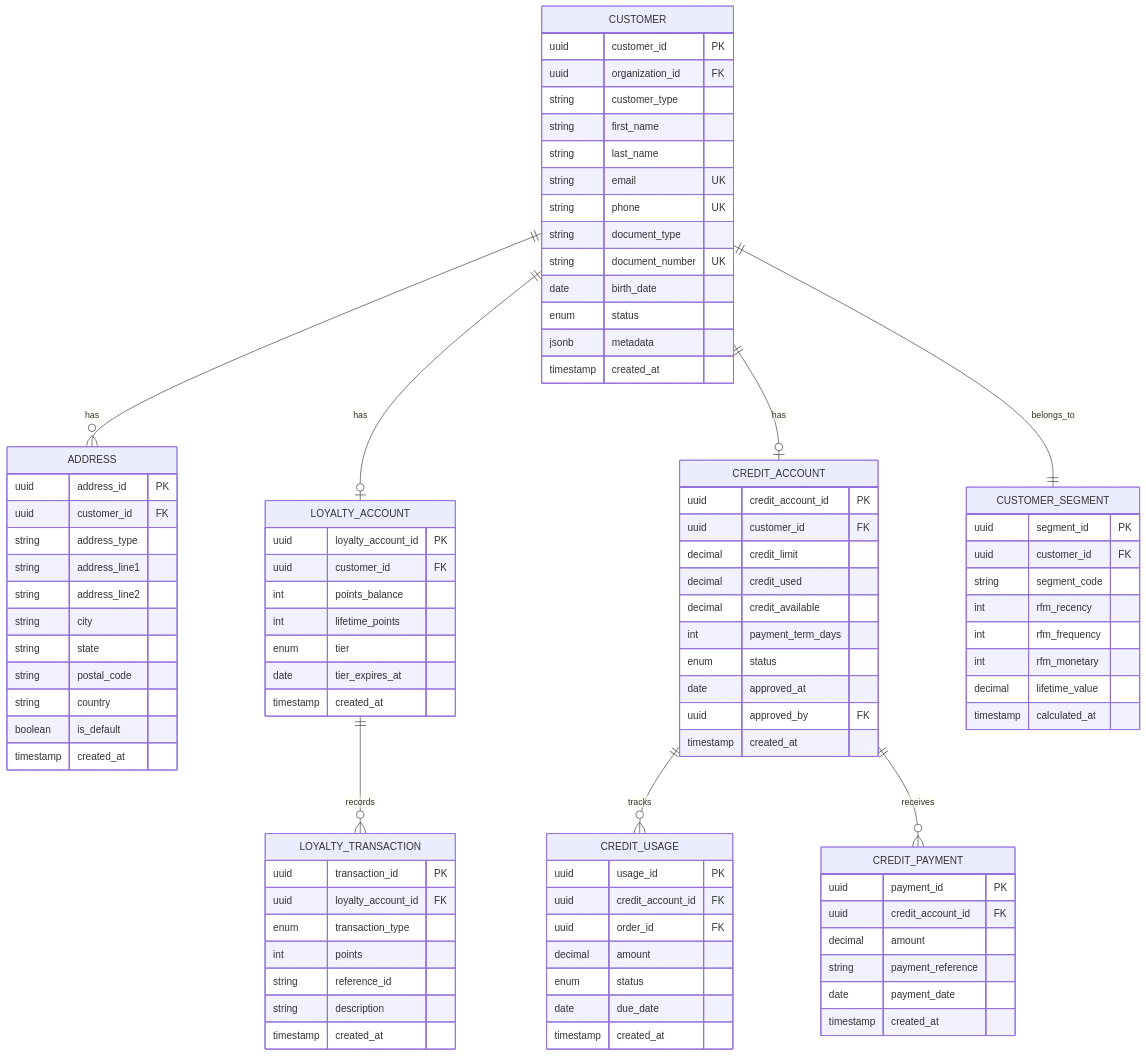
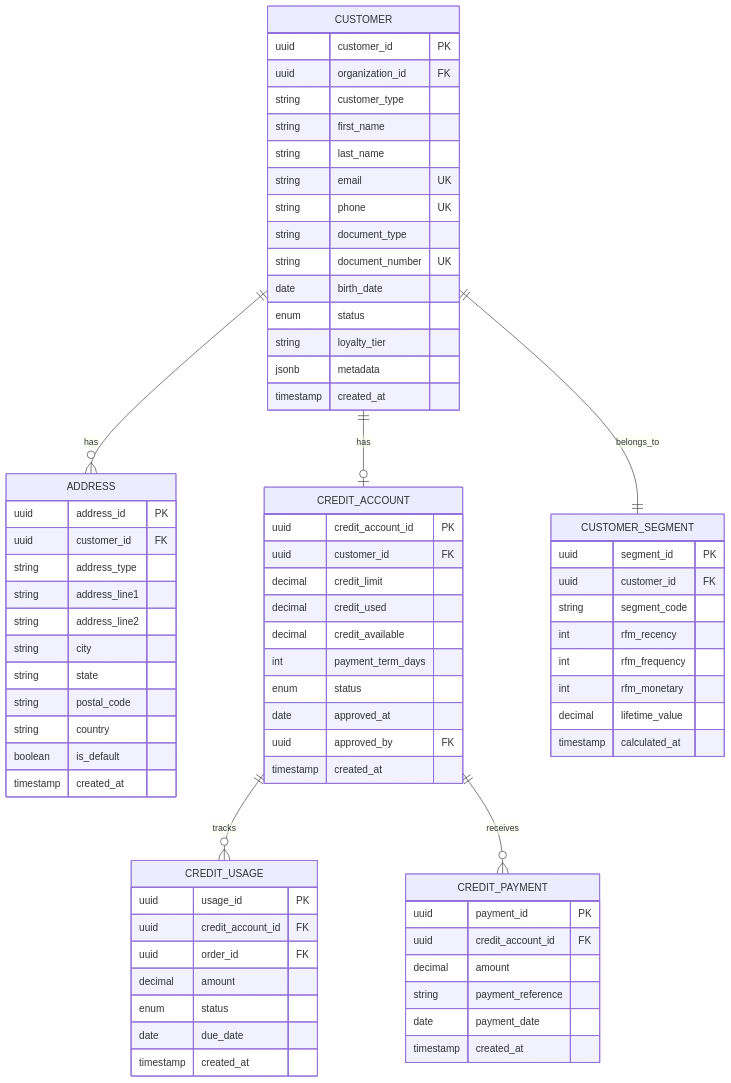
One commit to captainsparrow10/zenlogic changed the diagram in documentacion/docs/02-microservicios/customer-service/02-modelo-datos.md. Above: the diagram before and after it, drawn with Mermaid. The commit also changed other lines of this file and 48 other files, not shown here.

````diff
--- a/documentacion/docs/02-microservicios/customer-service/02-modelo-datos.md
+++ b/documentacion/docs/02-microservicios/customer-service/02-modelo-datos.md
@@ -9,10 +9,8 @@
 ```mermaid
 erDiagram
     CUSTOMER ||--o{ ADDRESS : has
-    CUSTOMER ||--o| LOYALTY_ACCOUNT : has
     CUSTOMER ||--o| CREDIT_ACCOUNT : has
     CUSTOMER ||--|| CUSTOMER_SEGMENT : belongs_to
-    LOYALTY_ACCOUNT ||--o{ LOYALTY_TRANSACTION : records
     CREDIT_ACCOUNT ||--o{ CREDIT_USAGE : tracks
     CREDIT_ACCOUNT ||--o{ CREDIT_PAYMENT : receives
 
@@ -28,6 +26,7 @@
         string document_number UK
         date birth_date
         enum status
+        string loyalty_tier
         jsonb metadata
         timestamp created_at
     }
@@ -43,26 +42,6 @@
         string postal_code
         string country
         boolean is_default
-        timestamp created_at
-    }
-
-    LOYALTY_ACCOUNT {
-        uuid loyalty_account_id PK
-        uuid customer_id FK
-        int points_balance
-        int lifetime_points
-        enum tier
-        date tier_expires_at
-        timestamp created_at
-    }
-
-    LOYALTY_TRANSACTION {
-        uuid transaction_id PK
-        uuid loyalty_account_id FK
-        enum transaction_type
-        int points
-        string reference_id
-        string description
         timestamp created_at
     }
 
````
